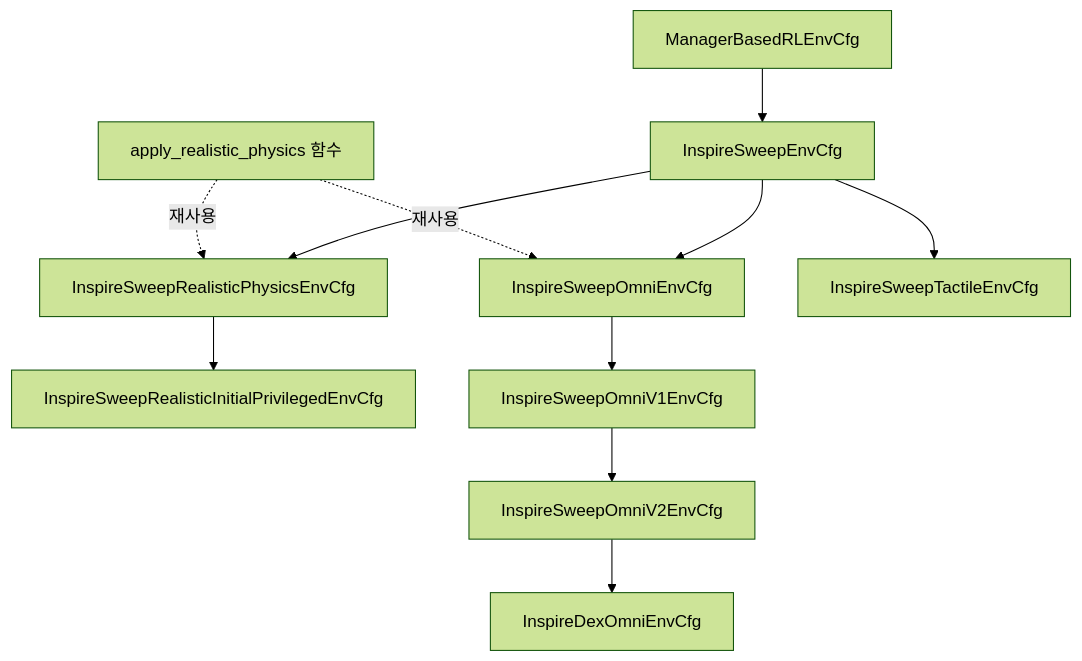
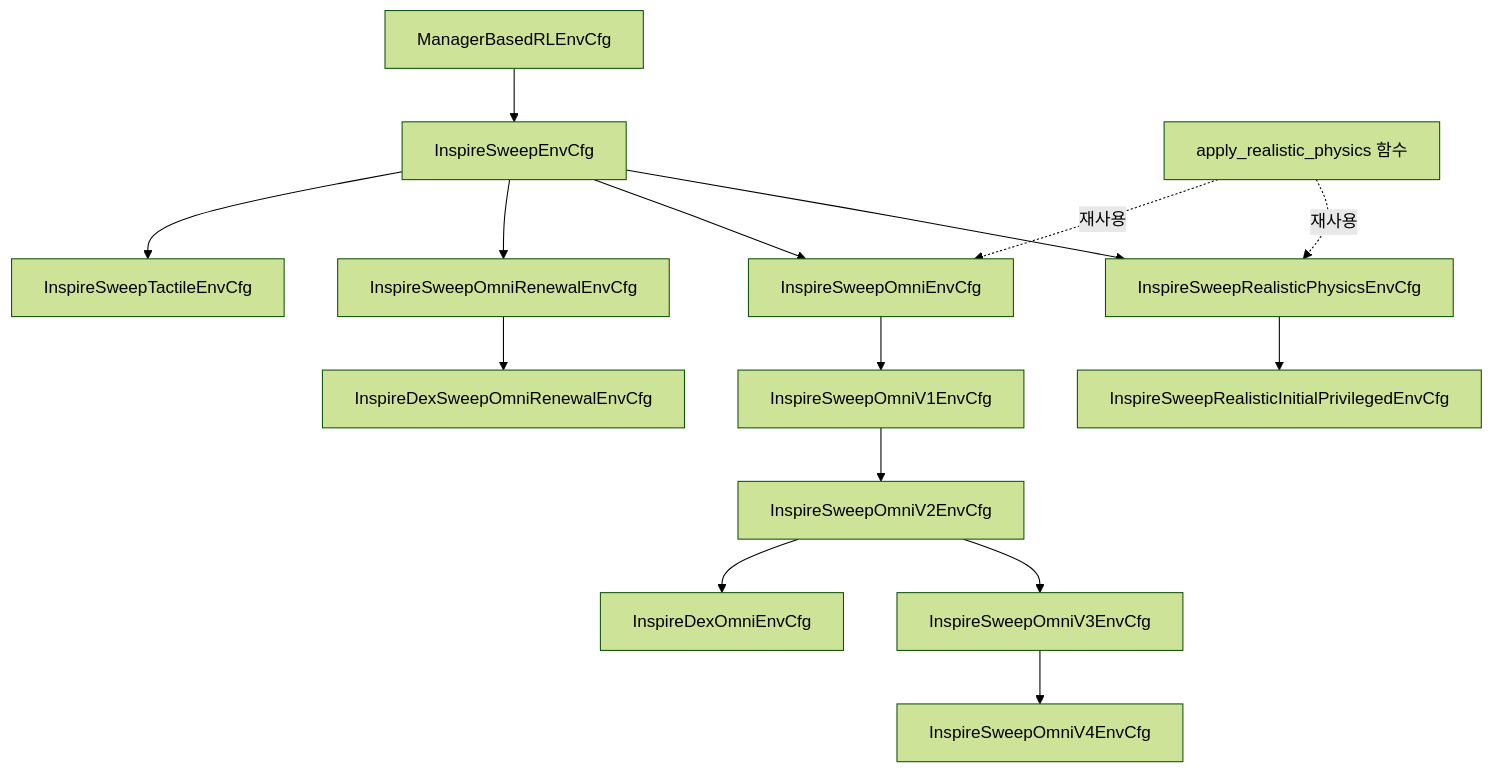
The diagram in 02_implementation/08_ACTIVE_ENVIRONMENTS.md (7cmdehdrb/Contact-Rich-Manipulation-Context), drawn with Mermaid (forest theme) before and after one commit. The commit also changed other lines of this file and 6 other files, not shown here.

````diff
--- a/02_implementation/08_ACTIVE_ENVIRONMENTS.md
+++ b/02_implementation/08_ACTIVE_ENVIRONMENTS.md
@@ -35,13 +39,17 @@
 ```mermaid
 flowchart TD
     Base[ManagerBasedRLEnvCfg] --> Baseline[InspireSweepEnvCfg]
     Baseline --> Realistic[InspireSweepRealisticPhysicsEnvCfg]
     Realistic --> Initial[InspireSweepRealisticInitialPrivilegedEnvCfg]
     Baseline --> Omni[InspireSweepOmniEnvCfg]
+    Baseline --> Renewal[InspireSweepOmniRenewalEnvCfg]
+    Renewal --> DexRenewal[InspireDexSweepOmniRenewalEnvCfg]
     Baseline --> Tactile[InspireSweepTactileEnvCfg]
     Omni --> OmniV1[InspireSweepOmniV1EnvCfg]
     OmniV1 --> OmniV2[InspireSweepOmniV2EnvCfg]
+    OmniV2 --> OmniV3[InspireSweepOmniV3EnvCfg]
+    OmniV3 --> OmniV4[InspireSweepOmniV4EnvCfg]
     OmniV2 --> DexOmni[InspireDexOmniEnvCfg]
     Physics[apply_realistic_physics 함수] -. 재사용 .-> Realistic
     Physics -. 재사용 .-> Omni
 ```
````
